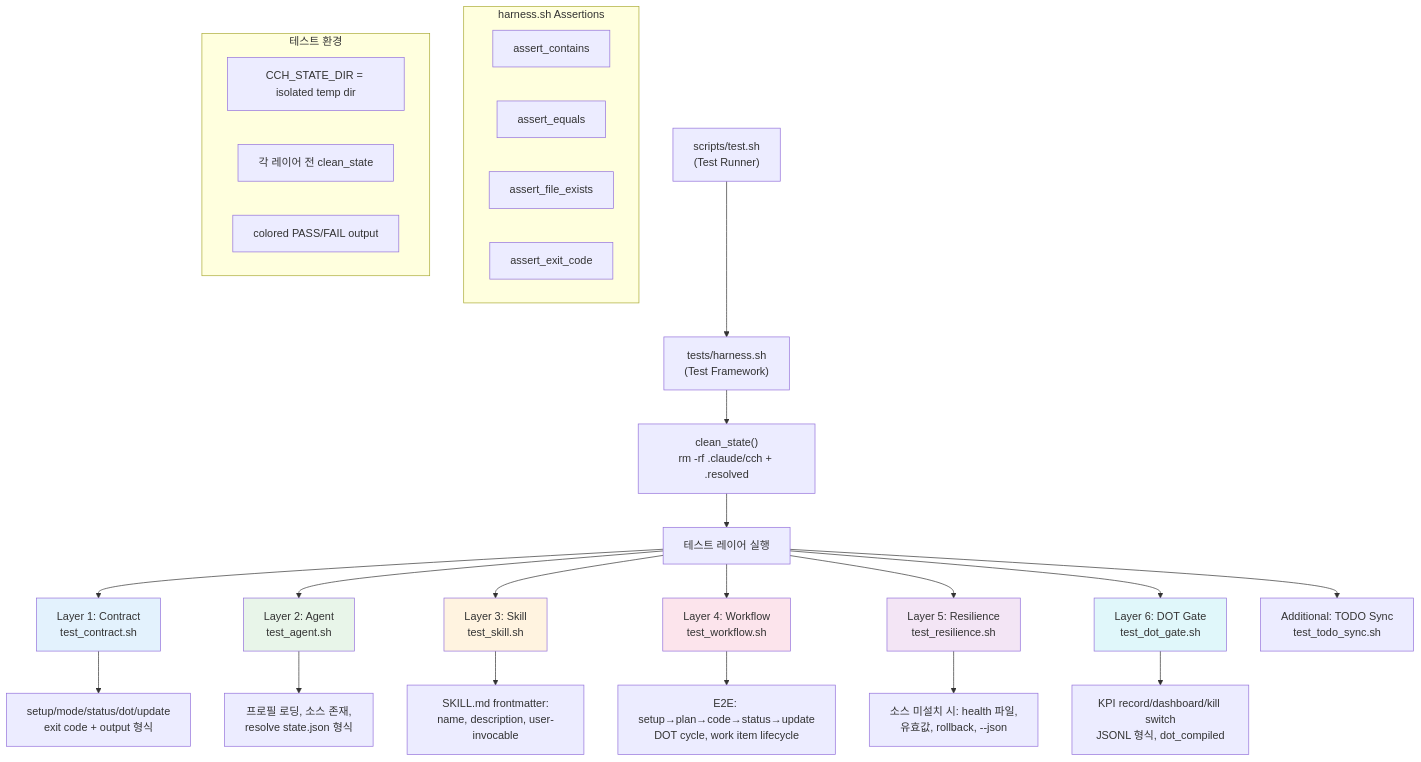
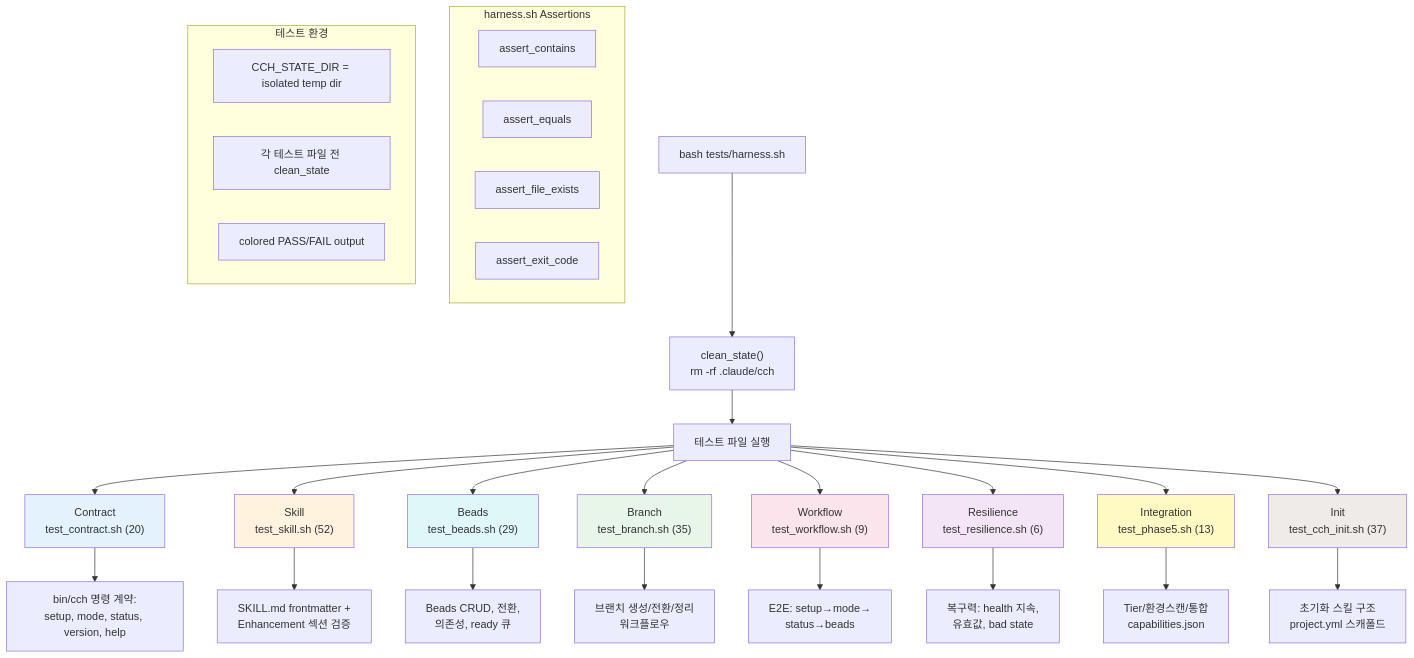
Diagram 11 of 12 in docs/diagrams/cch-workflows.md (skdkfk8758/claude-code-harness), drawn with Mermaid before and after one commit. The commit also changed other lines of this file and 34 other files, not shown here.

````diff
--- a/docs/diagrams/cch-workflows.md
+++ b/docs/diagrams/cch-workflows.md
@@ -931,42 +474,45 @@
 ```mermaid
 flowchart TD
-    RUNNER["scripts/test.sh<br/>(Test Runner)"] --> HARNESS["tests/harness.sh<br/>(Test Framework)"]
+    RUNNER["bash tests/harness.sh"] --> CLEAN["clean_state()<br/>rm -rf .claude/cch"]
+    CLEAN --> TESTS["테스트 파일 실행"]
 
-    HARNESS --> CLEAN["clean_state()<br/>rm -rf .claude/cch + .resolved"]
-    CLEAN --> LAYERS["테스트 레이어 실행"]
+    TESTS --> T1["Contract<br/>test_contract.sh (20)"]
+    TESTS --> T2["Skill<br/>test_skill.sh (52)"]
+    TESTS --> T3["Beads<br/>test_beads.sh (29)"]
+    TESTS --> T4["Branch<br/>test_branch.sh (35)"]
+    TESTS --> T5["Workflow<br/>test_workflow.sh (9)"]
+    TESTS --> T6["Resilience<br/>test_resilience.sh (6)"]
+    TESTS --> T7["Integration<br/>test_phase5.sh (13)"]
+    TESTS --> T8["Init<br/>test_cch_init.sh (37)"]
 
-    LAYERS --> L1["Layer 1: Contract<br/>test_contract.sh"]
-    LAYERS --> L2["Layer 2: Agent<br/>test_agent.sh"]
-    LAYERS --> L3["Layer 3: Skill<br/>test_skill.sh"]
-    LAYERS --> L4["Layer 4: Workflow<br/>test_workflow.sh"]
-    LAYERS --> L5["Layer 5: Resilience<br/>test_resilience.sh"]
-    LAYERS --> L6["Layer 6: DOT Gate<br/>test_dot_gate.sh"]
-    LAYERS --> LX["Additional: TODO Sync<br/>test_todo_sync.sh"]
-
-    L1 --> L1D["setup/mode/status/dot/update<br/>exit code + output 형식"]
-    L2 --> L2D["프로필 로딩, 소스 존재,<br/>resolve state.json 형식"]
-    L3 --> L3D["SKILL.md frontmatter:<br/>name, description, user-invocable"]
-    L4 --> L4D["E2E: setup→plan→code→status→update<br/>DOT cycle, work item lifecycle"]
-    L5 --> L5D["소스 미설치 시: health 파일,<br/>유효값, rollback, --json"]
-    L6 --> L6D["KPI record/dashboard/kill switch<br/>JSONL 형식, dot_compiled"]
+    T1 --> T1D["bin/cch 명령 계약:<br/>setup, mode, status, version, help"]
+    T2 --> T2D["SKILL.md frontmatter +<br/>Enhancement 섹션 검증"]
+    T3 --> T3D["Beads CRUD, 전환,<br/>의존성, ready 큐"]
+    T4 --> T4D["브랜치 생성/전환/정리<br/>워크플로우"]
+    T5 --> T5D["E2E: setup→mode→<br/>status→beads"]
+    T6 --> T6D["복구력: health 지속,<br/>유효값, bad state"]
+    T7 --> T7D["Tier/환경스캔/통합<br/>capabilities.json"]
+    T8 --> T8D["초기화 스킬 구조<br/>project.yml 스캐폴드"]
 
     subgraph Assertions["harness.sh Assertions"]
         A1["assert_contains"]
         A2["assert_equals"]
         A3["assert_file_exists"]
         A4["assert_exit_code"]
     end
 
     subgraph Environment["테스트 환경"]
         ENV1["CCH_STATE_DIR = isolated temp dir"]
-        ENV2["각 레이어 전 clean_state"]
+        ENV2["각 테스트 파일 전 clean_state"]
         ENV3["colored PASS/FAIL output"]
     end
 
-    style L1 fill:#E3F2FD
-    style L2 fill:#E8F5E9
-    style L3 fill:#FFF3E0
-    style L4 fill:#FCE4EC
-    style L5 fill:#F3E5F5
-    style L6 fill:#E0F7FA
+    style T1 fill:#E3F2FD
+    style T2 fill:#FFF3E0
+    style T3 fill:#E0F7FA
+    style T4 fill:#E8F5E9
+    style T5 fill:#FCE4EC
+    style T6 fill:#F3E5F5
+    style T7 fill:#FFF9C4
+    style T8 fill:#EFEBE9
 ```
````
